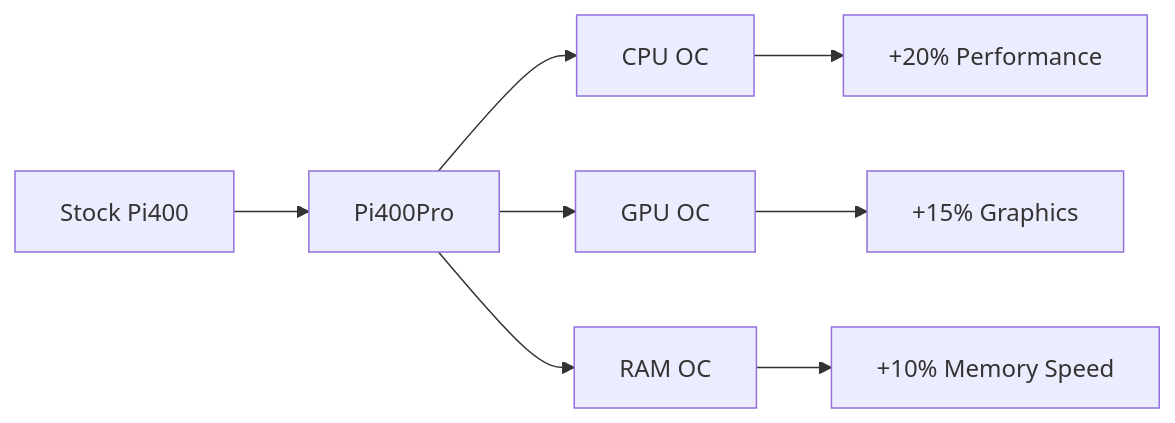
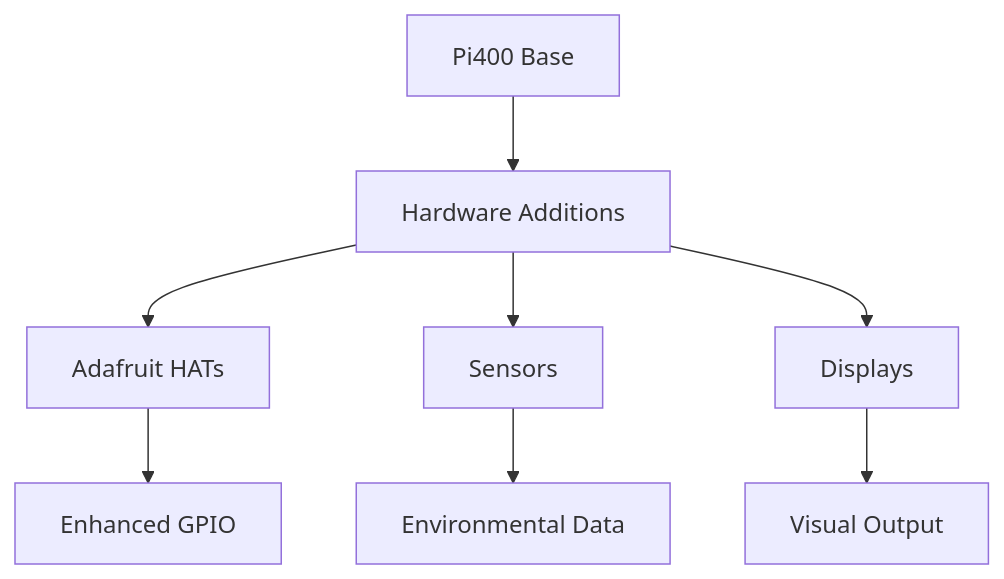
One commit to ailynux/Pi400Pro changed the second of 3 diagrams in README.md. Above: the diagram before and after it, drawn with Mermaid. The commit also changed other lines of this file, not shown here.

````diff
--- a/README.md
+++ b/README.md
@@ -17,10 +133,10 @@
 ```mermaid
-graph LR
-    A[Stock Pi400] --> B[Pi400Pro]
-    B --> C[CPU OC]
-    B --> D[GPU OC]
-    B --> E[RAM OC]
-    C --> F[+20% Performance]
-    D --> G[+15% Graphics]
-    E --> H[+10% Memory Speed]
+graph TD
+    A[Pi400 Base] --> B[Hardware Additions]
+    B --> C[Adafruit HATs]
+    B --> D[Sensors]
+    B --> E[Displays]
+    C --> F[Enhanced GPIO]
+    D --> G[Environmental Data]
+    E --> H[Visual Output]
 ```
````
